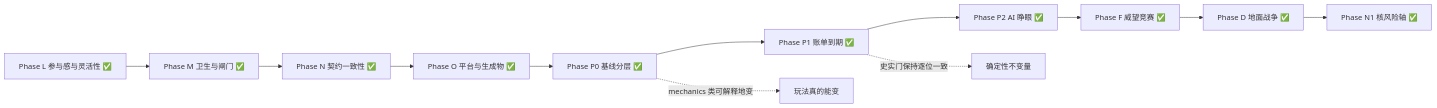
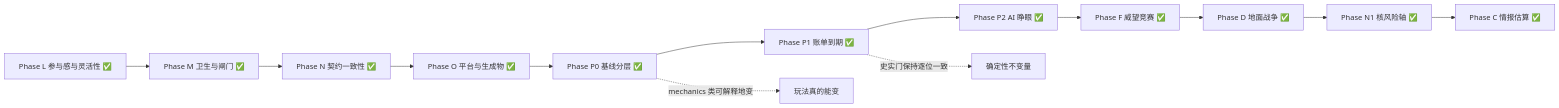
The diagram in docs/ROADMAP.md (reney-0202/a-simple-world-map), drawn with Mermaid before and after one commit. The commit also changed other lines of this file and 20 other files, not shown here.

````diff
--- a/docs/ROADMAP.md
+++ b/docs/ROADMAP.md
@@ -831,14 +931,15 @@
 ```mermaid
 graph LR
   L[Phase L 参与感与灵活性 ✅] --> M[Phase M 卫生与闸门 ✅]
   M --> N[Phase N 契约一致性 ✅]
   N --> O[Phase O 平台与生成物 ✅]
   O --> P0[Phase P0 基线分层 ✅]
   P0 --> P1[Phase P1 账单到期 ✅]
   P1 --> P2[Phase P2 AI 睁眼 ✅]
   P2 --> F[Phase F 威望竞赛 ✅]
   F --> D[Phase D 地面战争 ✅]
   D --> N1[Phase N1 核风险轴 ✅]
+  N1 --> C[Phase C 情报估算 ✅]
   P1 -.->|史实门保持逐位一致| B1[确定性不变量]
   P0 -.->|mechanics 类可解释地变| B2[玩法真的能变]
 ```
````
